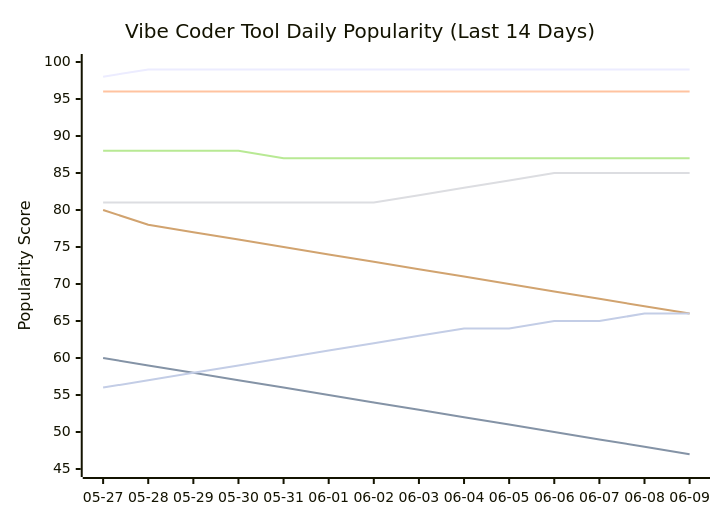
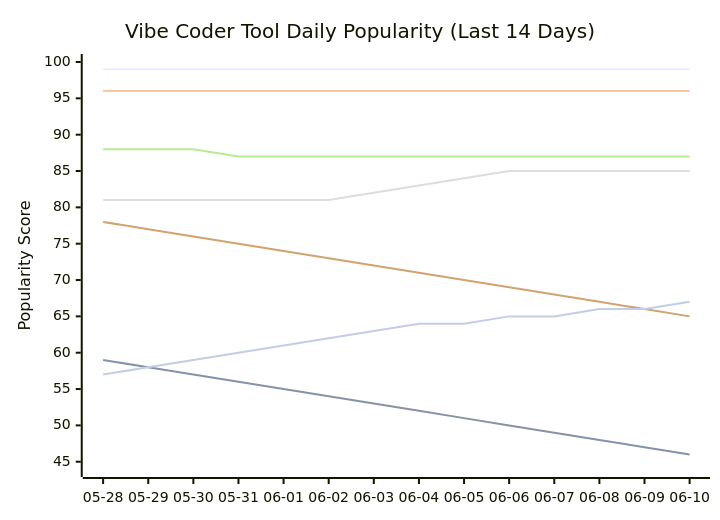
Before and after one commit to tykimos/ai-whatchelin: the seventh of 11 diagrams in README.md, drawn with Mermaid. The commit also changed other lines of this file and 4 other files, not shown here.

````diff
--- a/README.md
+++ b/README.md
@@ -1489,13 +1496,13 @@
 ```mermaid
 xychart-beta
     title "Vibe Coder Tool Daily Popularity (Last 14 Days)"
-    x-axis ["05-27", "05-28", "05-29", "05-30", "05-31", "06-01", "06-02", "06-03", "06-04", "06-05", "06-06", "06-07", "06-08", "06-09"]
-    y-axis "Popularity Score" 45 --> 100
-    line "Claude Code" [98, 99, 99, 99, 99, 99, 99, 99, 99, 99, 99, 99, 99, 99]
-    line "GH Copilot" [60, 59, 58, 57, 56, 55, 54, 53, 52, 51, 50, 49, 48, 47]
+    x-axis ["05-28", "05-29", "05-30", "05-31", "06-01", "06-02", "06-03", "06-04", "06-05", "06-06", "06-07", "06-08", "06-09", "06-10"]
+    y-axis "Popularity Score" 44 --> 100
+    line "Claude Code" [99, 99, 99, 99, 99, 99, 99, 99, 99, 99, 99, 99, 99, 99]
+    line "GH Copilot" [59, 58, 57, 56, 55, 54, 53, 52, 51, 50, 49, 48, 47, 46]
     line "Cursor" [96, 96, 96, 96, 96, 96, 96, 96, 96, 96, 96, 96, 96, 96]
-    line "Windsurf" [81, 81, 81, 81, 81, 81, 81, 82, 83, 84, 85, 85, 85, 85]
-    line "Codex CLI" [88, 88, 88, 88, 87, 87, 87, 87, 87, 87, 87, 87, 87, 87]
-    line "Gemini CLI" [80, 78, 77, 76, 75, 74, 73, 72, 71, 70, 69, 68, 67, 66]
-    line "Antigravity" [56, 57, 58, 59, 60, 61, 62, 63, 64, 64, 65, 65, 66, 66]
+    line "Windsurf" [81, 81, 81, 81, 81, 81, 82, 83, 84, 85, 85, 85, 85, 85]
+    line "Codex CLI" [88, 88, 88, 87, 87, 87, 87, 87, 87, 87, 87, 87, 87, 87]
+    line "Gemini CLI" [78, 77, 76, 75, 74, 73, 72, 71, 70, 69, 68, 67, 66, 65]
+    line "Antigravity" [57, 58, 59, 60, 61, 62, 63, 64, 64, 65, 65, 66, 66, 67]
 ```
````
